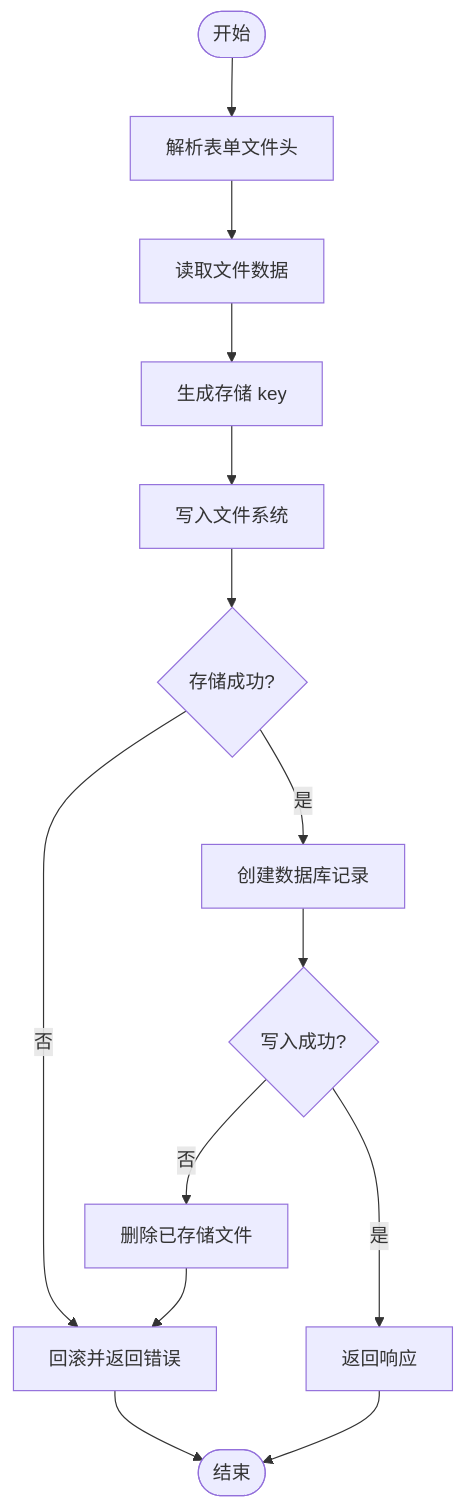
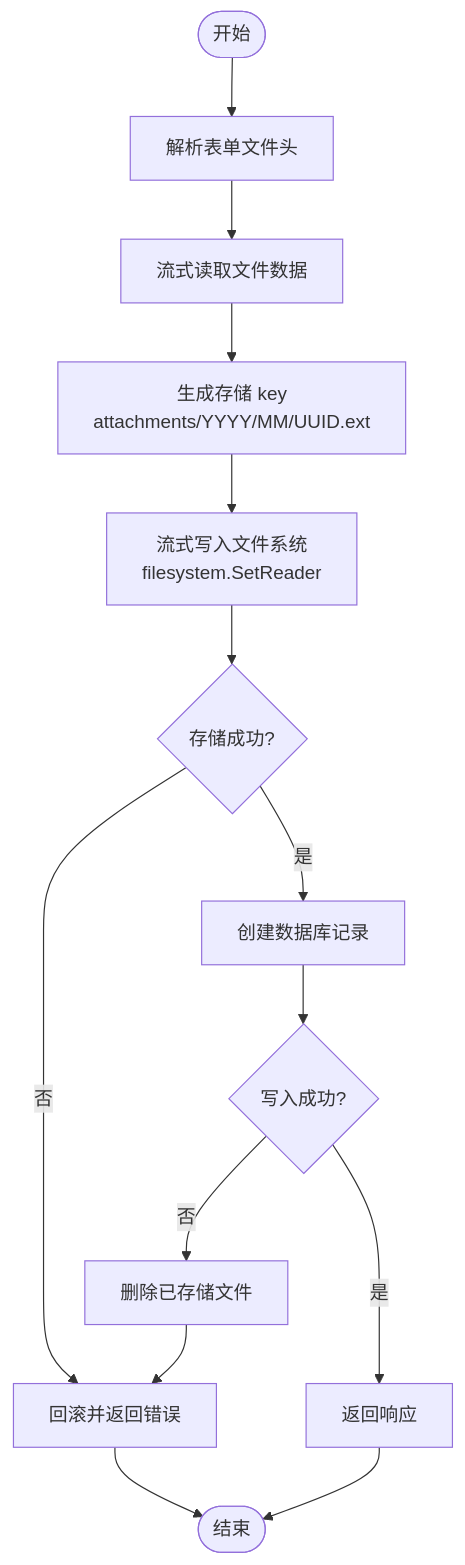
Before and after one commit to wuwuseo/e-sports-go-admin: the third of 7 diagrams in .qoder/repowiki/zh/content/核心模块/文件管理系统.md, drawn with Mermaid. The commit also changed other lines of this file and 42 other files, not shown here.

````diff
--- a/.qoder/repowiki/zh/content/核心模块/文件管理系统.md
+++ b/.qoder/repowiki/zh/content/核心模块/文件管理系统.md
@@ -158,15 +184,15 @@
 ```mermaid
 flowchart TD
 Start(["开始"]) --> Parse["解析表单文件头"]
-Parse --> Read["读取文件数据"]
-Read --> GenKey["生成存储 key"]
-GenKey --> Store["写入文件系统"]
+Parse --> Read["流式读取文件数据"]
+Read --> GenKey["生成存储 key<br/>attachments/YYYY/MM/UUID.ext"]
+GenKey --> Store["流式写入文件系统<br/>filesystem.SetReader"]
 Store --> StoreOK{"存储成功?"}
 StoreOK -- 否 --> Rollback["回滚并返回错误"]
 StoreOK -- 是 --> DB["创建数据库记录"]
 DB --> DBOK{"写入成功?"}
 DBOK -- 否 --> Clean["删除已存储文件"] --> Rollback
 DBOK -- 是 --> Resp["返回响应"]
 Rollback --> End(["结束"])
 Resp --> End
 ```
````
